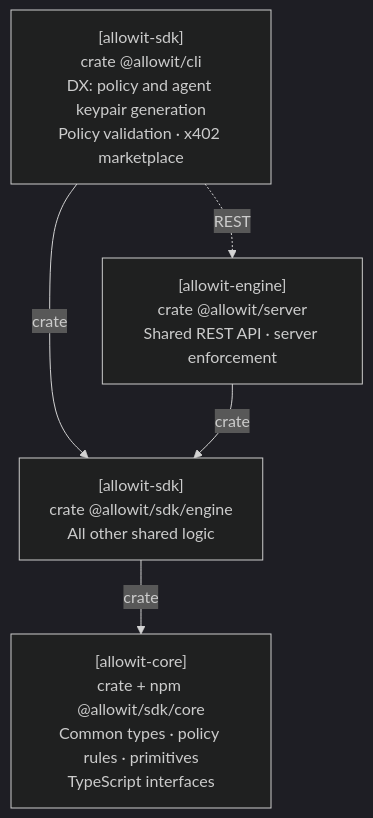
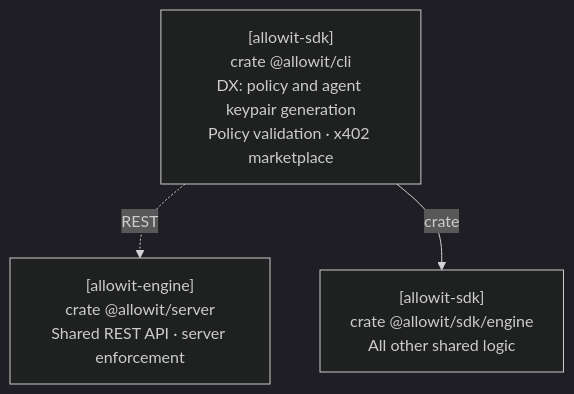
Before and after one commit to allowit-hq/allowit-sdk: the diagram in cli/README.md, drawn with Mermaid (dark theme). The commit also changed other lines of this file and 3 other files, not shown here.

Commit message:
Focus README diagrams on direct dependencies

````diff
--- a/cli/README.md
+++ b/cli/README.md
@@ -19,12 +19,9 @@
 ```mermaid
 flowchart TB
     CLI["[allowit-sdk]<br/>crate @allowit/cli<br/>DX: policy and agent keypair generation<br/>Policy validation · x402 marketplace"]
     Server["[allowit-engine]<br/>crate @allowit/server<br/>Shared REST API · server enforcement"]
     Engine["[allowit-sdk]<br/>crate @allowit/sdk/engine<br/>All other shared logic"]
-    Core["[allowit-core]<br/>crate + npm @allowit/sdk/core<br/>Common types · policy rules · primitives<br/>TypeScript interfaces"]
 
     CLI -. REST .-> Server
     CLI -->|crate| Engine
-    Server -->|crate| Engine
-    Engine -->|crate| Core
 ```
````
